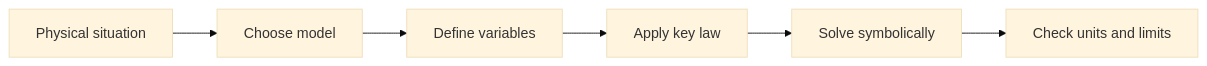
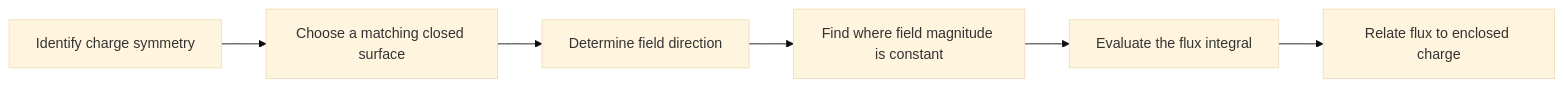
Before and after one commit to justinbrianhwang/SJ-wiki: the diagram in docs/physics/general/gausss-law-and-electric-flux.md, drawn with Mermaid (base theme). The commit also changed other lines of this file and 955 other files, not shown here.

````diff
--- a/docs/physics/general/gausss-law-and-electric-flux.md
+++ b/docs/physics/general/gausss-law-and-electric-flux.md
@@ -46,8 +69,8 @@
 ```mermaid
 graph LR
-  A[Physical situation] --> B[Choose model]
-  B --> C[Define variables]
-  C --> D[Apply key law]
-  D --> E[Solve symbolically]
-  E --> F[Check units and limits]
+  A[Identify charge symmetry] --> B[Choose a matching closed surface]
+  B --> C[Determine field direction]
+  C --> D[Find where field magnitude is constant]
+  D --> E[Evaluate the flux integral]
+  E --> F[Relate flux to enclosed charge]
 ```
````
